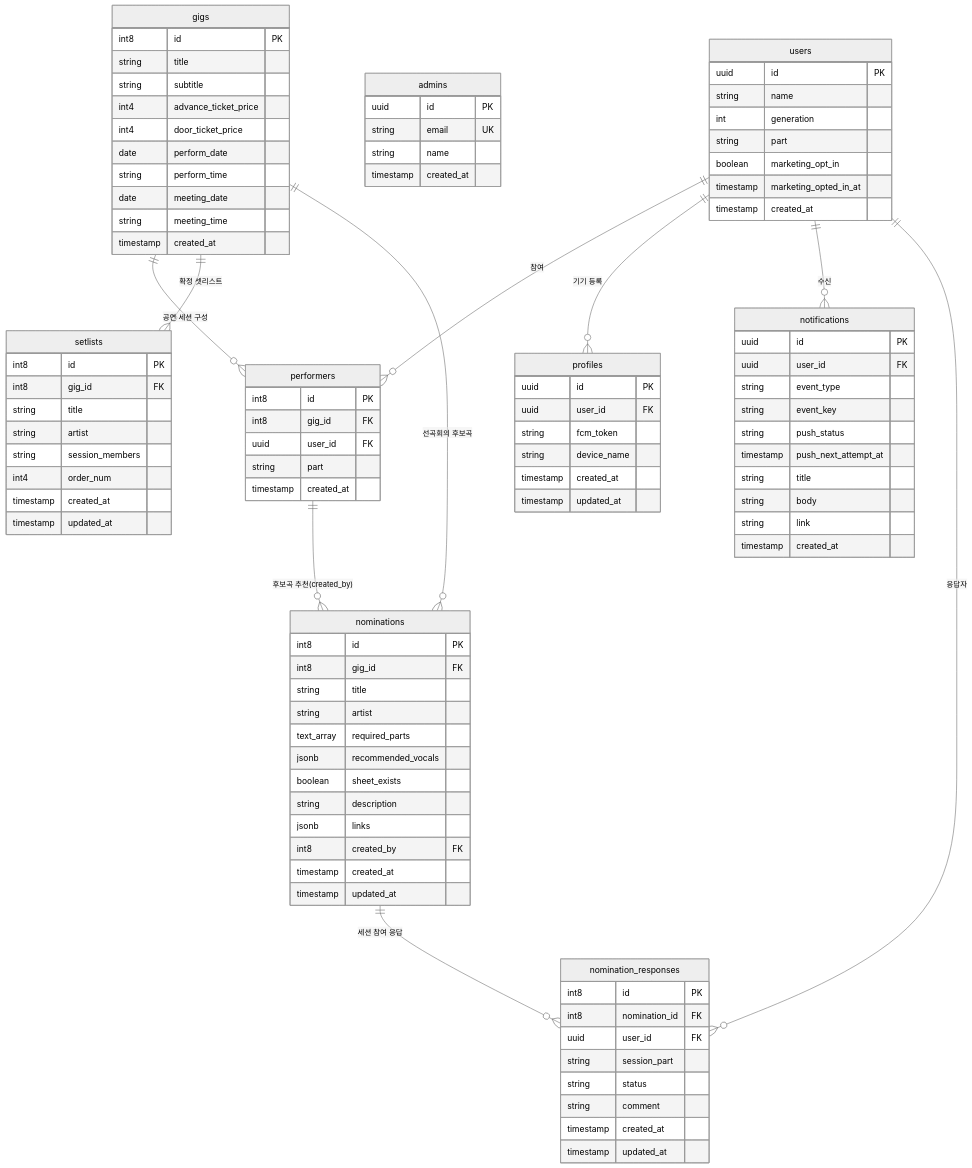
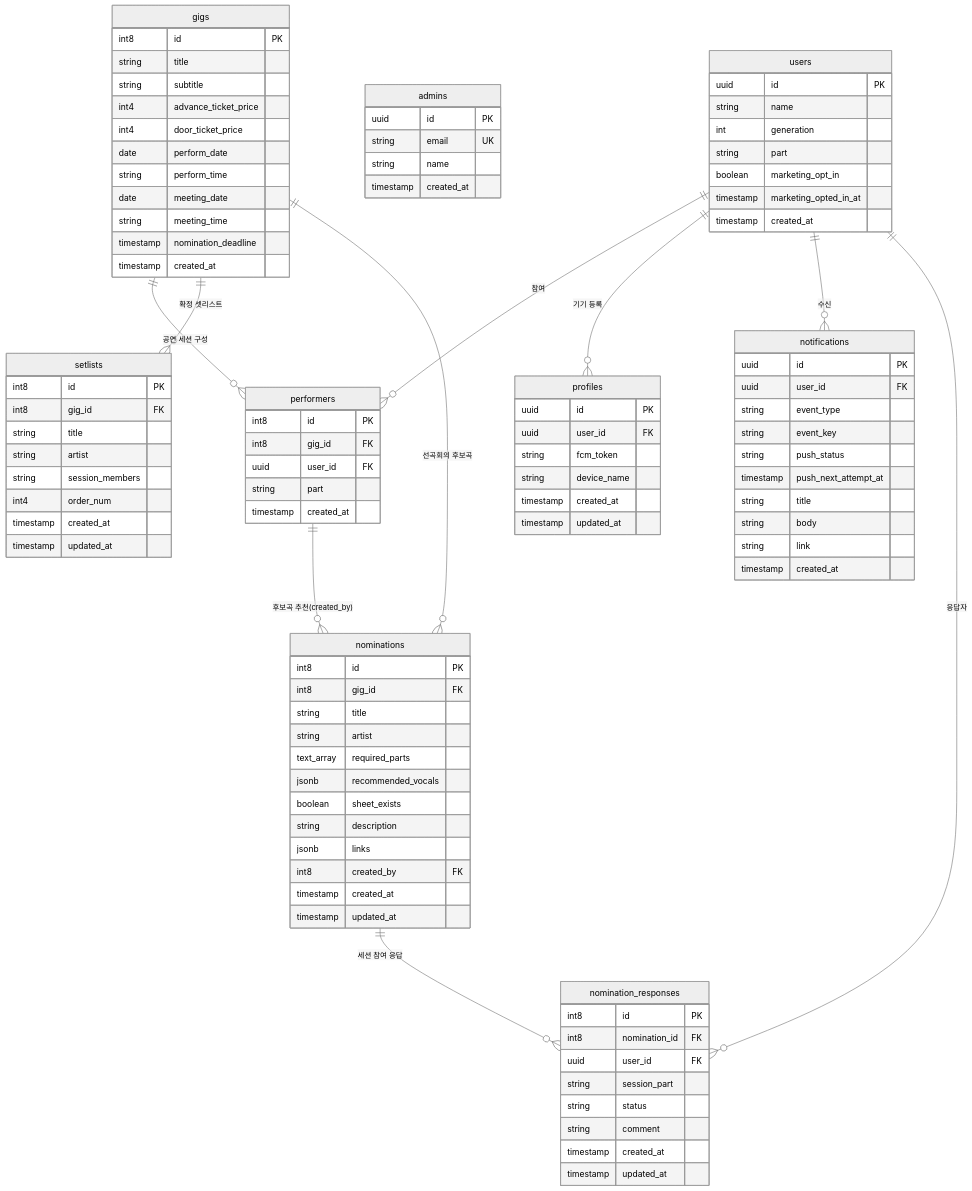
Before and after one commit to TeraByte1024/sokna: the diagram in docs/architecture/database-schema.md, drawn with Mermaid (neutral theme). The commit also changed other lines of this file and 23 other files, not shown here.

Commit message:
feat: add optional nomination deadline

```diff
--- a/docs/architecture/database-schema.md
+++ b/docs/architecture/database-schema.md
@@ -39,6 +39,7 @@
         string perform_time
         date meeting_date
         string meeting_time
+        timestamp nomination_deadline
         timestamp created_at
     }
     performers ||--o{ nominations : "후보곡 추천(created_by)"
```
